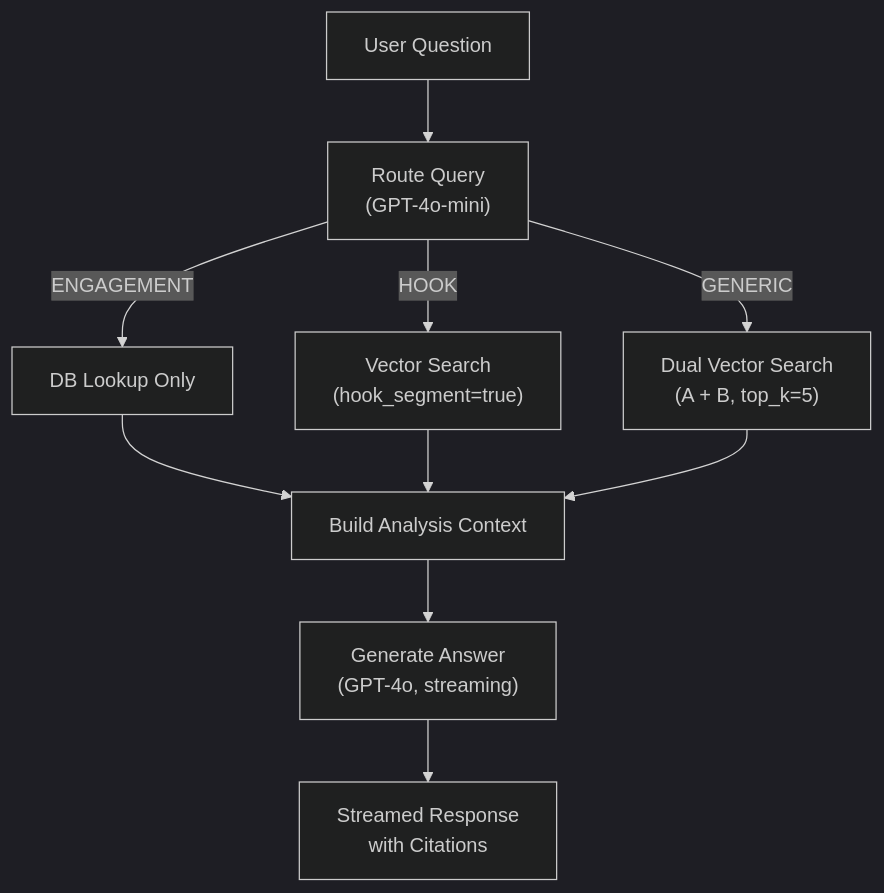
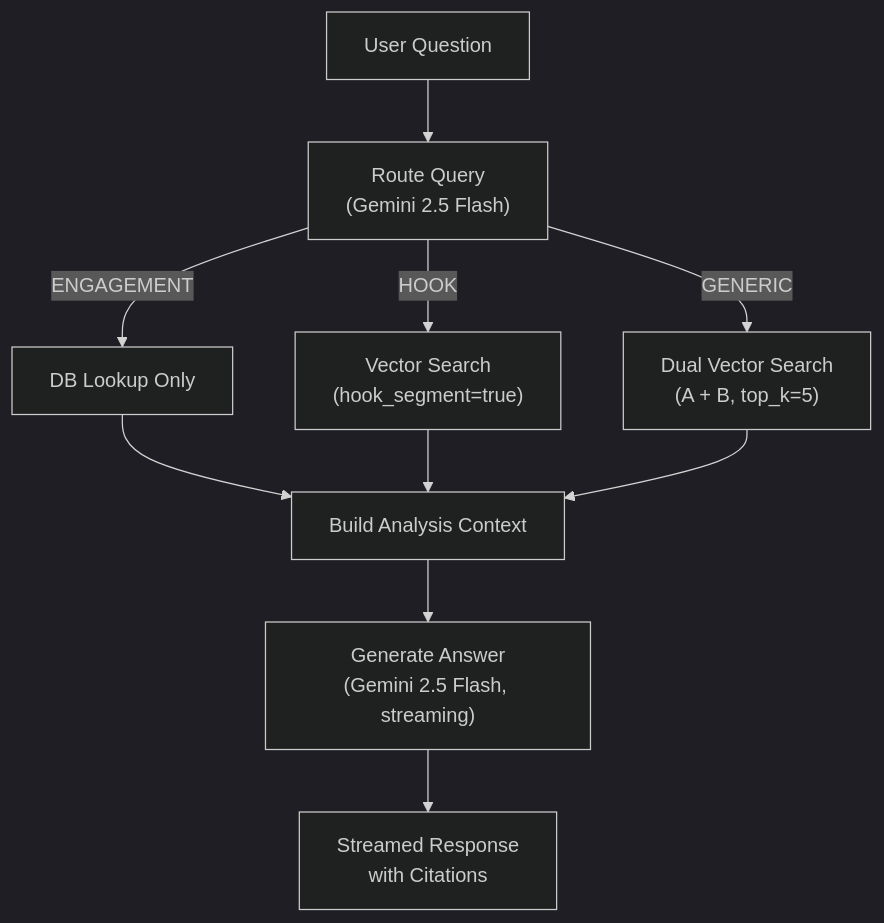
The second of 2 diagrams in README.md (pieby2/leads), drawn with Mermaid (dark theme) before and after one commit. The commit also changed other lines of this file and 18 other files, not shown here.

````diff
--- a/README.md
+++ b/README.md
@@ -44,12 +44,12 @@
 ```mermaid
 graph TD
-    Q["User Question"] --> R["Route Query<br/>(GPT-4o-mini)"]
+    Q["User Question"] --> R["Route Query<br/>(Gemini 2.5 Flash)"]
     R -->|ENGAGEMENT| D1["DB Lookup Only"]
     R -->|HOOK| D2["Vector Search<br/>(hook_segment=true)"]
     R -->|GENERIC| D3["Dual Vector Search<br/>(A + B, top_k=5)"]
     D1 --> A["Build Analysis Context"]
     D2 --> A
     D3 --> A
-    A --> G["Generate Answer<br/>(GPT-4o, streaming)"]
+    A --> G["Generate Answer<br/>(Gemini 2.5 Flash, streaming)"]
     G --> Resp["Streamed Response<br/>with Citations"]
 ```
````
